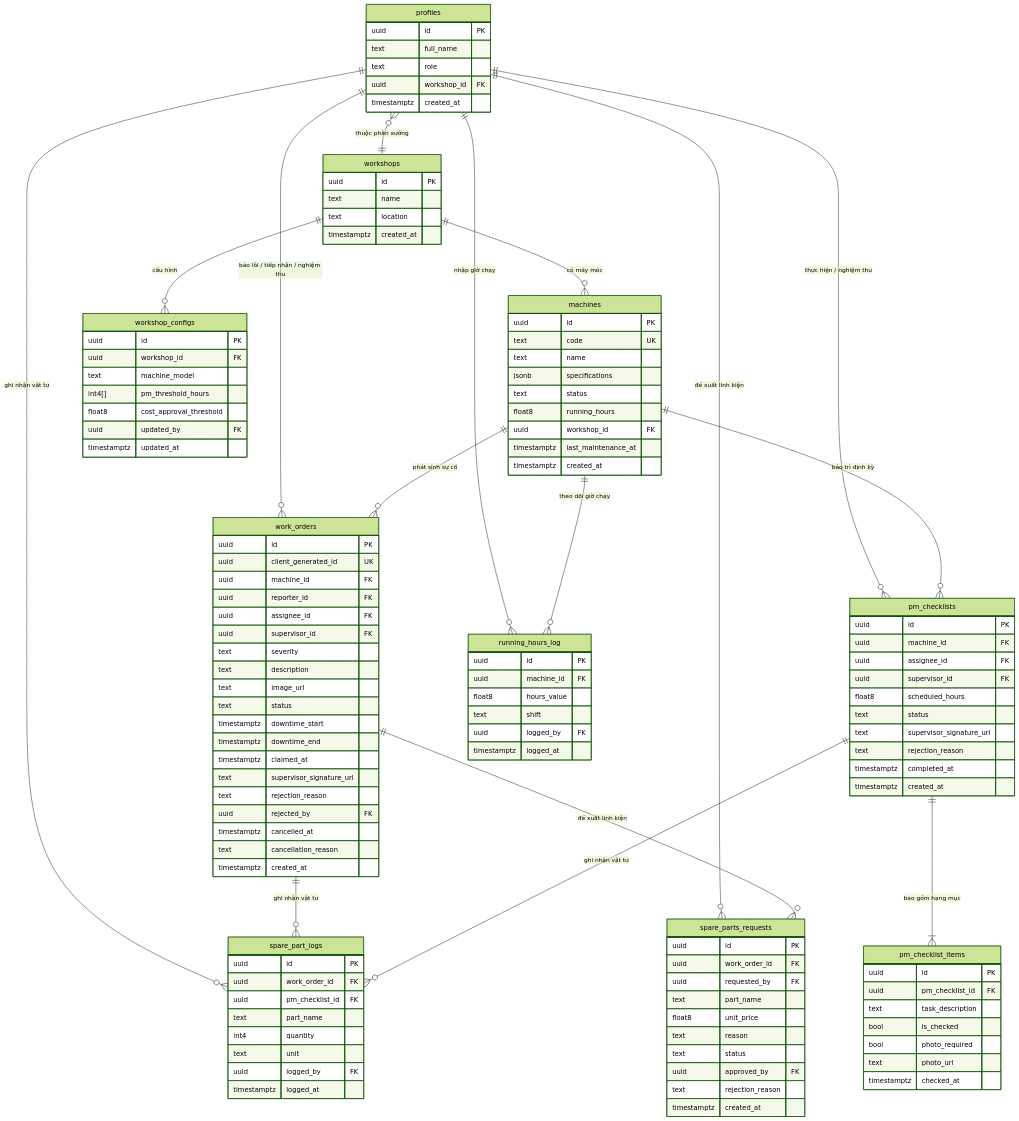
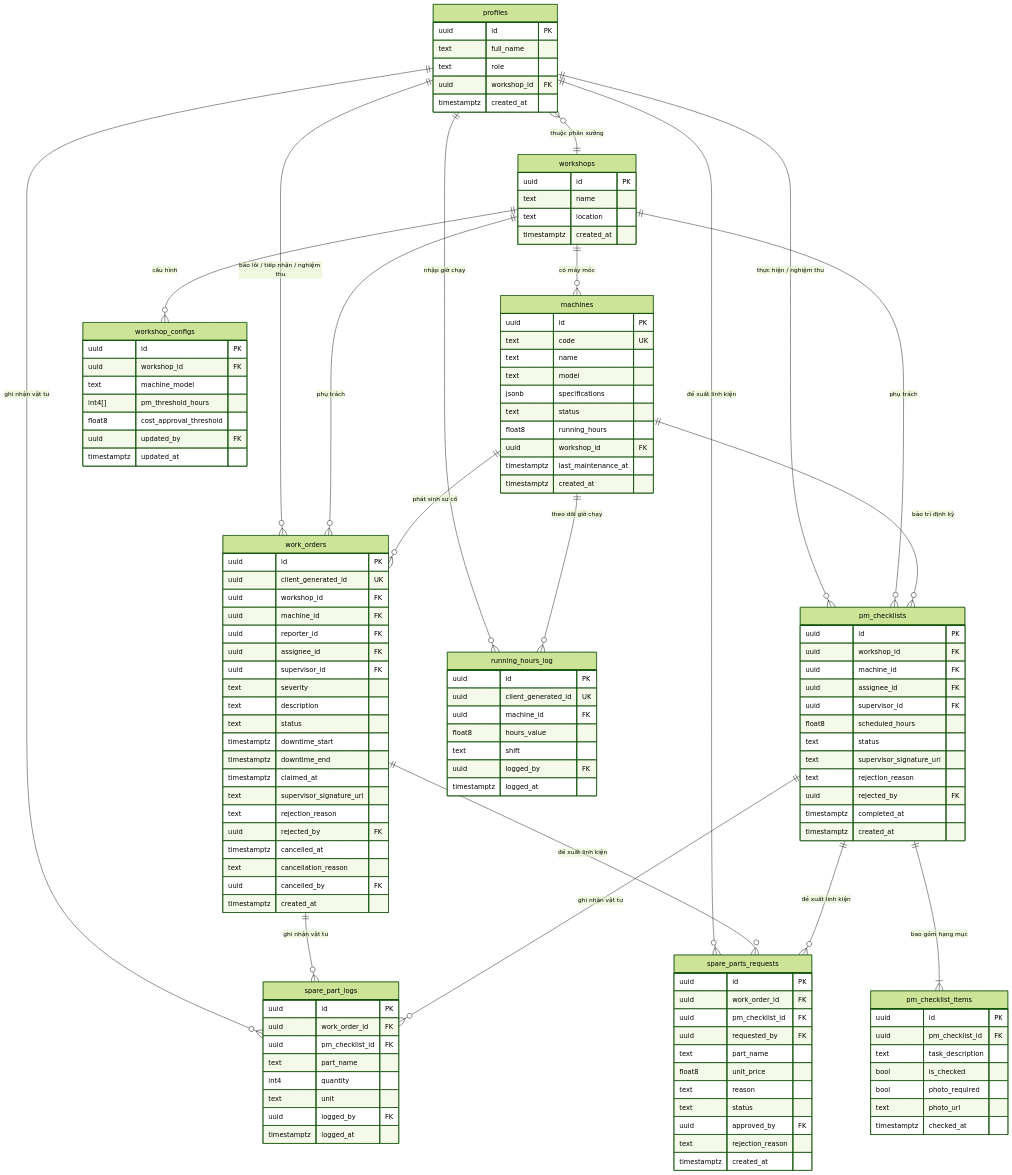
One commit to pvduy23052005/cse441-mobile-asset-track changed diagram 12 of 12 in system_design.md. Above: the diagram before and after it, drawn with Mermaid (forest theme). The commit also changed other lines of this file, not shown here.

Commit message:
docs: update system design documentation to reflect recent architecture changes

````diff
--- a/system_design.md
+++ b/system_design.md
@@ -514,6 +521,7 @@
         uuid id PK
         text code UK
         text name
+        text model
         jsonb specifications
         text status
         float8 running_hours
@@ -535,13 +543,13 @@
     work_orders {
         uuid id PK
         uuid client_generated_id UK
+        uuid workshop_id FK
         uuid machine_id FK
         uuid reporter_id FK
         uuid assignee_id FK
         uuid supervisor_id FK
         text severity
         text description
-        text image_url
         text status
         timestamptz downtime_start
         timestamptz downtime_end
@@ -551,11 +559,13 @@
         uuid rejected_by FK
         timestamptz cancelled_at
         text cancellation_reason
+        uuid cancelled_by FK
         timestamptz created_at
     }
 
     pm_checklists {
         uuid id PK
+        uuid workshop_id FK
         uuid machine_id FK
         uuid assignee_id FK
         uuid supervisor_id FK
@@ -563,6 +573,7 @@
         text status
         text supervisor_signature_url
         text rejection_reason
+        uuid rejected_by FK
         timestamptz completed_at
         timestamptz created_at
     }
@@ -591,6 +602,7 @@
     spare_parts_requests {
         uuid id PK
         uuid work_order_id FK
+        uuid pm_checklist_id FK
         uuid requested_by FK
         text part_name
         float8 unit_price
@@ -603,6 +615,7 @@
 
     running_hours_log {
         uuid id PK
+        uuid client_generated_id UK
         uuid machine_id FK
         float8 hours_value
         text shift
@@ -618,6 +631,8 @@
     profiles }o--|| workshops : "thuộc phân xưởng"
     workshops ||--o{ machines : "có máy móc"
     workshops ||--o{ workshop_configs : "cấu hình"
+    workshops ||--o{ work_orders : "phụ trách"
+    workshops ||--o{ pm_checklists : "phụ trách"
     machines ||--o{ work_orders : "phát sinh sự cố"
     machines ||--o{ pm_checklists : "bảo trì định kỳ"
     machines ||--o{ running_hours_log : "theo dõi giờ chạy"
@@ -625,4 +640,5 @@
     work_orders ||--o{ spare_part_logs : "ghi nhận vật tư"
     pm_checklists ||--o{ spare_part_logs : "ghi nhận vật tư"
     work_orders ||--o{ spare_parts_requests : "đề xuất linh kiện"
+    pm_checklists ||--o{ spare_parts_requests : "đề xuất linh kiện"
 ```
````
